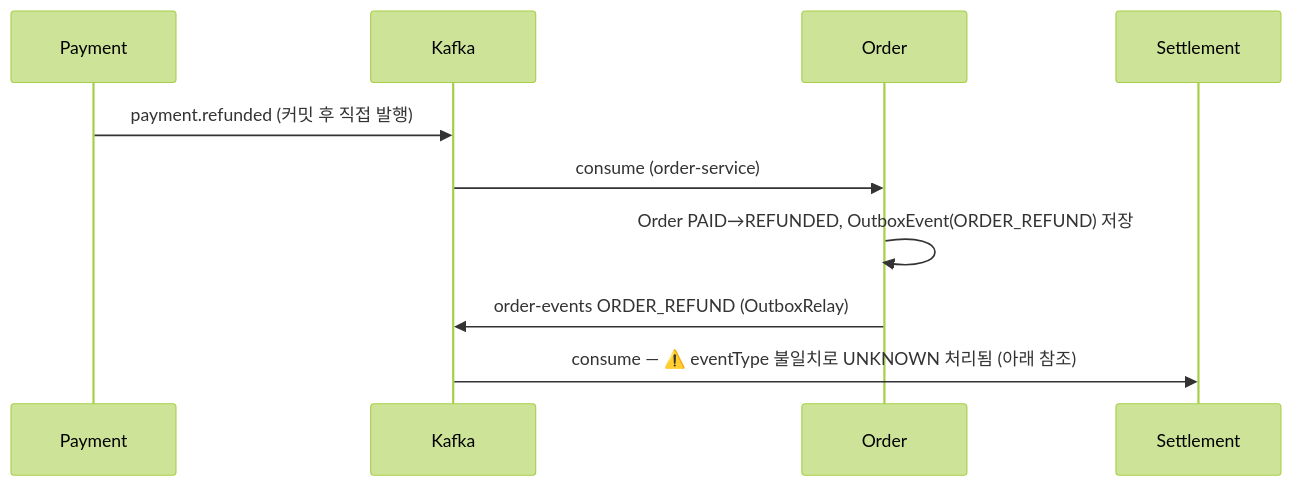
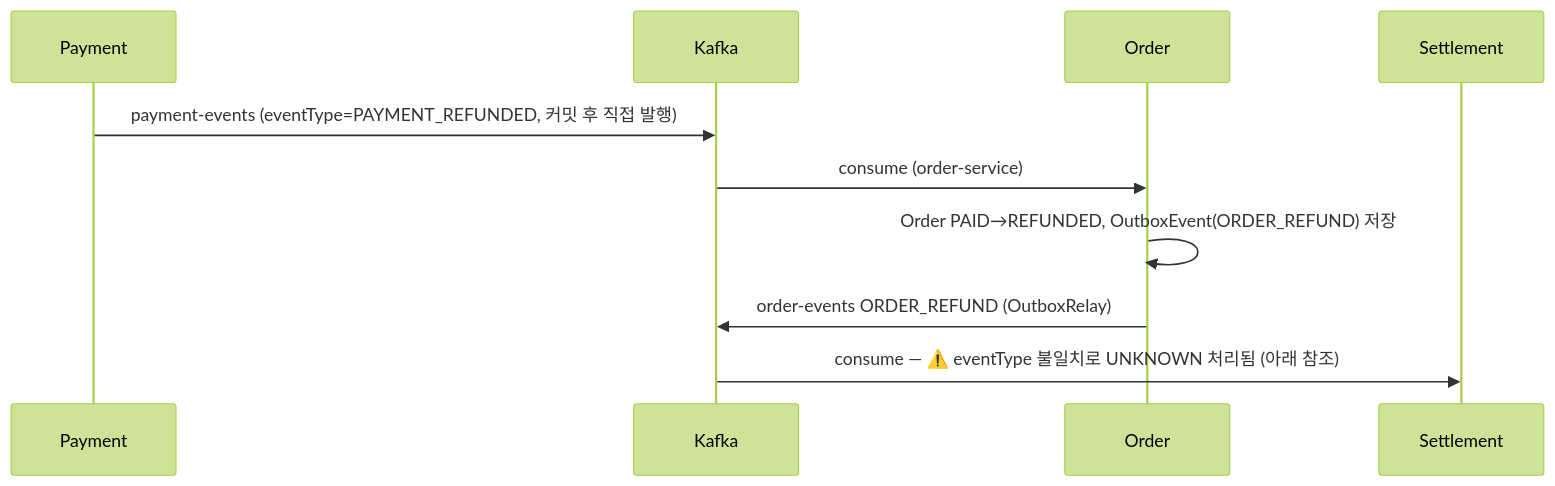
The second of 4 diagrams in docs/architecture/event-flow.md (prgrms-be-adv-devcourse/beadv6_6_3JMT_BE), drawn with Mermaid (forest theme) before and after one commit. The commit also changed other lines of this file, not shown here.

First line of the commit message:
docs: payment 이벤트 토픽 정보 오류 수정

````diff
--- a/docs/architecture/event-flow.md
+++ b/docs/architecture/event-flow.md
@@ -71,13 +72,13 @@
 ```mermaid
 sequenceDiagram
     participant PAY as Payment
     participant K as Kafka
     participant ORD as Order
     participant STL as Settlement
 
-    PAY->>K: payment.refunded (커밋 후 직접 발행)
+    PAY->>K: payment-events (eventType=PAYMENT_REFUNDED, 커밋 후 직접 발행)
     K->>ORD: consume (order-service)
     ORD->>ORD: Order PAID→REFUNDED, OutboxEvent(ORDER_REFUND) 저장
     ORD->>K: order-events ORDER_REFUND (OutboxRelay)
     K->>STL: consume — ⚠️ eventType 불일치로 UNKNOWN 처리됨 (아래 참조)
 ```
````
